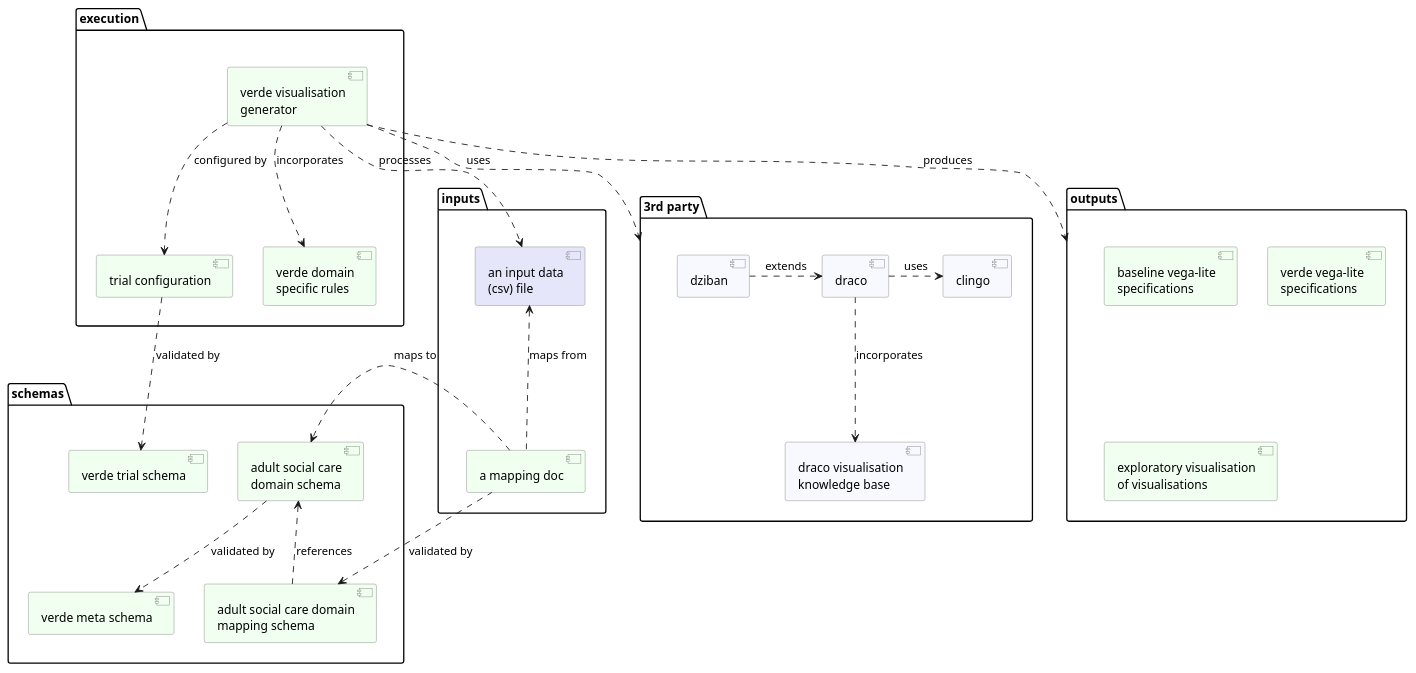
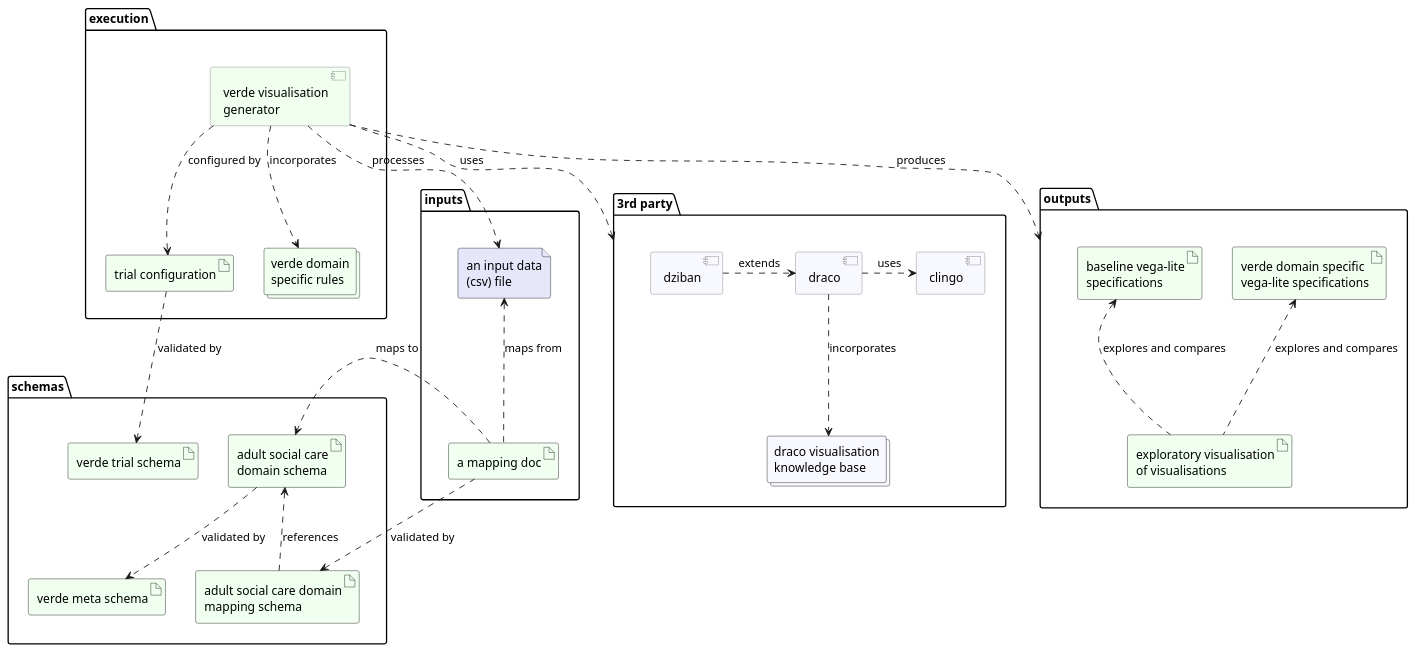
One commit to trubens71/verde changed the diagram in docs/uml/components.puml. Above: the diagram before and after it, drawn with PlantUML. The commit also changed 1 other file, not shown here.

Commit message:
component diagram object types changes. wbs started

```diff
--- a/docs/uml/components.puml
+++ b/docs/uml/components.puml
@@ -1,59 +1,63 @@
 @startuml
 
 skinparam shadowing false
 skinparam ComponentBorderColor gray
+allow_mixing
 
 package "schemas" as schemas{
-    component [verde trial schema] as trial_schema [[https://github.com/trubens71/verde/blob/master/schemas/verde_trial_schema.json]] #honeydew
-    component [verde meta schema] as meta_schema [[https://github.com/trubens71/verde/blob/master/schemas/verde_meta_schema.json]] #honeydew
-    component [adult social care\ndomain schema] as asc_domain_schema [[https://github.com/trubens71/verde/blob/master/schemas/verde_asc_domain_schema.json]] #honeydew
-    component [adult social care domain\nmapping schema] as asc_mapping_schema [[https://github.com/trubens71/verde/blob/master/schemas/verde_asc_domain_mapping_schema.json]] #honeydew
+    artifact "verde trial schema" as trial_schema [[https://github.com/trubens71/verde/blob/master/schemas/verde_trial_schema.json]] #honeydew
+    artifact "verde meta schema" as meta_schema [[https://github.com/trubens71/verde/blob/master/schemas/verde_meta_schema.json]] #honeydew
+    artifact "adult social care\ndomain schema" as asc_domain_schema [[https://github.com/trubens71/verde/blob/master/schemas/verde_asc_domain_schema.json]] #honeydew
+    artifact "adult social care domain\nmapping schema" as asc_mapping_schema [[https://github.com/trubens71/verde/blob/master/schemas/verde_asc_domain_mapping_schema.json]] #honeydew
 }
 
 package "inputs" as inputs {
-    component [an input data\n(csv) file] as input_data [[https://github.com/trubens71/verde/blob/master/asc_data/processed/set_01/AFR_T41_region_tidy.csv]] #Lavender
-    component [a mapping doc] as mapping_doc [[https://github.com/trubens71/verde/blob/master/asc_data/processed/set_01/AFR_T41_region_tidy_mapping.json]] #honeydew
+    file "an input data\n(csv) file" as input_data [[https://github.com/trubens71/verde/blob/master/asc_data/processed/set_01/AFR_T41_region_tidy.csv]] #Lavender
+    artifact "a mapping doc" as mapping_doc [[https://github.com/trubens71/verde/blob/master/asc_data/processed/set_01/AFR_T41_region_tidy_mapping.json]] #honeydew
 }
 
 package "outputs" as outputs {
-    component [baseline vega-lite\nspecifications] as baseline_specs [[https://trubens71.github.io/verde/laboratory/trial_02_ut/regression/vegalite/trial_02_ut.exp_01_view_all_vl.html]] #honeydew
-    component [verde vega-lite\nspecifications] as verde_baseline_specs [[https://trubens71.github.io/verde/laboratory/trial_02_ut/regression/vegalite/trial_02_ut.exp_01_view_all_vl.html]] #honeydew
-    component [exploratory visualisation\nof visualisations] as exploratory_vis [[https://trubens71.github.io/verde/laboratory/trial_03_ut/regression/vegalite/trial_03_ut.exp_01_view_compare.html]] #honeydew
+    artifact "baseline vega-lite\nspecifications" as baseline_specs [[https://trubens71.github.io/verde/laboratory/trial_02_ut/regression/vegalite/trial_02_ut.exp_01_view_all_vl.html]] #honeydew
+    artifact "verde domain specific\nvega-lite specifications" as verde_specs [[https://trubens71.github.io/verde/laboratory/trial_02_ut/regression/vegalite/trial_02_ut.exp_01_view_all_vl.html]] #honeydew
+    artifact "exploratory visualisation\nof visualisations" as exploratory_vis [[https://trubens71.github.io/verde/laboratory/trial_03_ut/regression/vegalite/trial_03_ut.exp_01_view_compare.html]] #honeydew
 }
 
 package "execution" as execution {
-    component [trial configuration] as trial_config [[https://github.com/trubens71/verde/blob/master/laboratory/example/trial.yaml]] #honeydew
+    artifact "trial configuration" as trial_config [[https://github.com/trubens71/verde/blob/master/laboratory/example/trial.yaml]] #honeydew
     component [verde visualisation\ngenerator] as verde [[https://github.com/trubens71/verde/tree/master/src]] #honeydew
-    component [verde domain\nspecific rules] as verde_rules [[https://github.com/trubens71/verde/tree/master/asp/verde_rule_templates]] #honeydew
+    collections "verde domain\nspecific rules" as verde_rules [[https://github.com/trubens71/verde/tree/master/asp/verde_rule_templates]] #honeydew
 }
 
 package "3rd party" as third_party {
     component [draco] as draco [[https://github.com/uwdata/draco]] #ghostwhite
     component [clingo] as clingo [[https://github.com/potassco/clingo]] #ghostwhite
-    component [draco visualisation\nknowledge base] as draco_kb [[https://github.com/trubens71/verde/tree/master/asp/draco_base]] #GhostWhite
+    collections "draco visualisation\nknowledge base" as draco_kb [[https://github.com/trubens71/verde/tree/master/asp/draco_base]] #GhostWhite
     component [dziban] as dziban [[https://github.com/uwdata/dziban]] #ghostwhite
 }
 
 inputs .[hidden]d.> execution
 inputs .[hidden]r.> schemas
 execution .[hidden]r.> third_party
 execution .[hidden]d.> outputs
 
 asc_domain_schema .down.> meta_schema : validated by
 trial_config .down.> trial_schema : validated by
 mapping_doc .left.> asc_mapping_schema : validated by
 asc_mapping_schema .up.> asc_domain_schema : references
 mapping_doc ..> asc_domain_schema : maps to
 mapping_doc .up.> input_data : maps from
 
 verde ..> trial_config : configured by
 verde ..> verde_rules : incorporates
 verde ..> third_party : uses
 verde ..> input_data : processes
 verde ..> outputs : produces
 
 draco .r.> clingo : uses
 draco .d.> draco_kb : incorporates
 dziban .r.> draco : extends
 
+exploratory_vis .u.> baseline_specs :  explores and compares
+exploratory_vis .u.> verde_specs :  explores and compares
+
 @enduml
```
